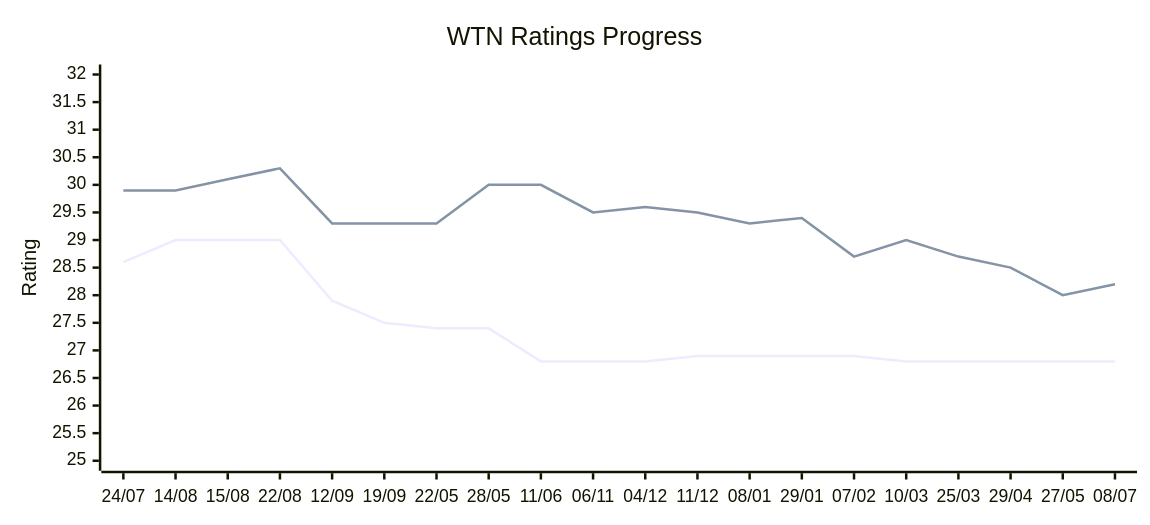
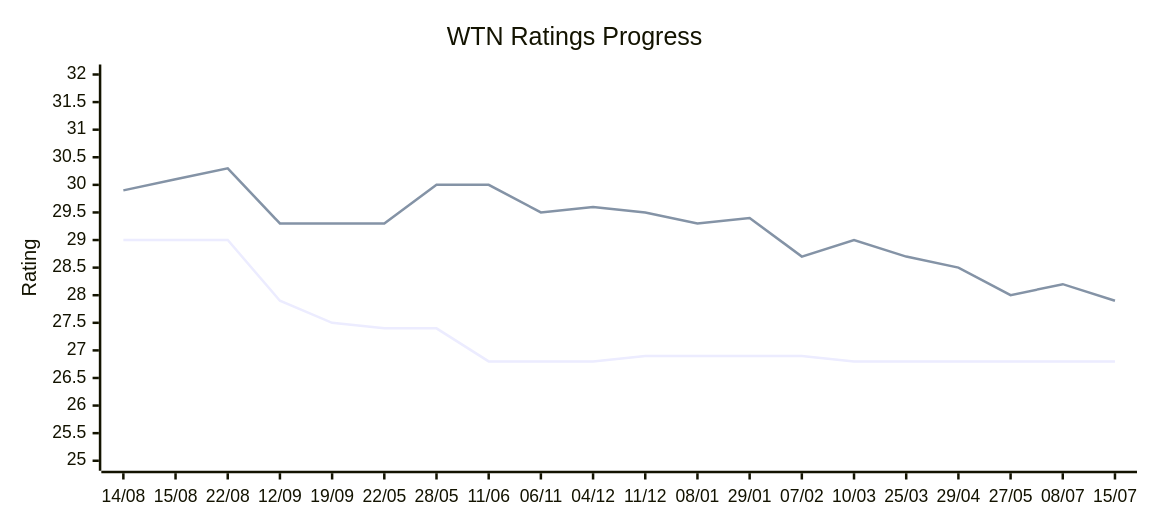
One commit to jamesrwhite/wtn changed the diagram in README.md. Above: the diagram before and after it, drawn with Mermaid. The commit also changed other lines of this file and 1 other file, not shown here.

Commit message:
Updated ratings

````diff
--- a/README.md
+++ b/README.md
@@ -12,14 +12,14 @@
 ```mermaid
 ---
 config:
   xyChart:
     width: 900
     height: 400
 ---
 xychart-beta
   title "WTN Ratings Progress"
-  x-axis ["24/07", "14/08", "15/08", "22/08", "12/09", "19/09", "22/05", "28/05", "11/06", "06/11", "04/12", "11/12", "08/01", "29/01", "07/02", "10/03", "25/03", "29/04", "27/05", "08/07"]
+  x-axis ["14/08", "15/08", "22/08", "12/09", "19/09", "22/05", "28/05", "11/06", "06/11", "04/12", "11/12", "08/01", "29/01", "07/02", "10/03", "25/03", "29/04", "27/05", "08/07", "15/07"]
   y-axis "Rating" 25 --> 32
-  line [28.6, 29.0, 29.0, 29.0, 27.9, 27.5, 27.4, 27.4, 26.8, 26.8, 26.8, 26.9, 26.9, 26.9, 26.9, 26.8, 26.8, 26.8, 26.8, 26.8]
-  line [29.9, 29.9, 30.1, 30.3, 29.3, 29.3, 29.3, 30.0, 30.0, 29.5, 29.6, 29.5, 29.3, 29.4, 28.7, 29.0, 28.7, 28.5, 28.0, 28.2]
+  line [29.0, 29.0, 29.0, 27.9, 27.5, 27.4, 27.4, 26.8, 26.8, 26.8, 26.9, 26.9, 26.9, 26.9, 26.8, 26.8, 26.8, 26.8, 26.8, 26.8]
+  line [29.9, 30.1, 30.3, 29.3, 29.3, 29.3, 30.0, 30.0, 29.5, 29.6, 29.5, 29.3, 29.4, 28.7, 29.0, 28.7, 28.5, 28.0, 28.2, 27.9]
 ```
````
